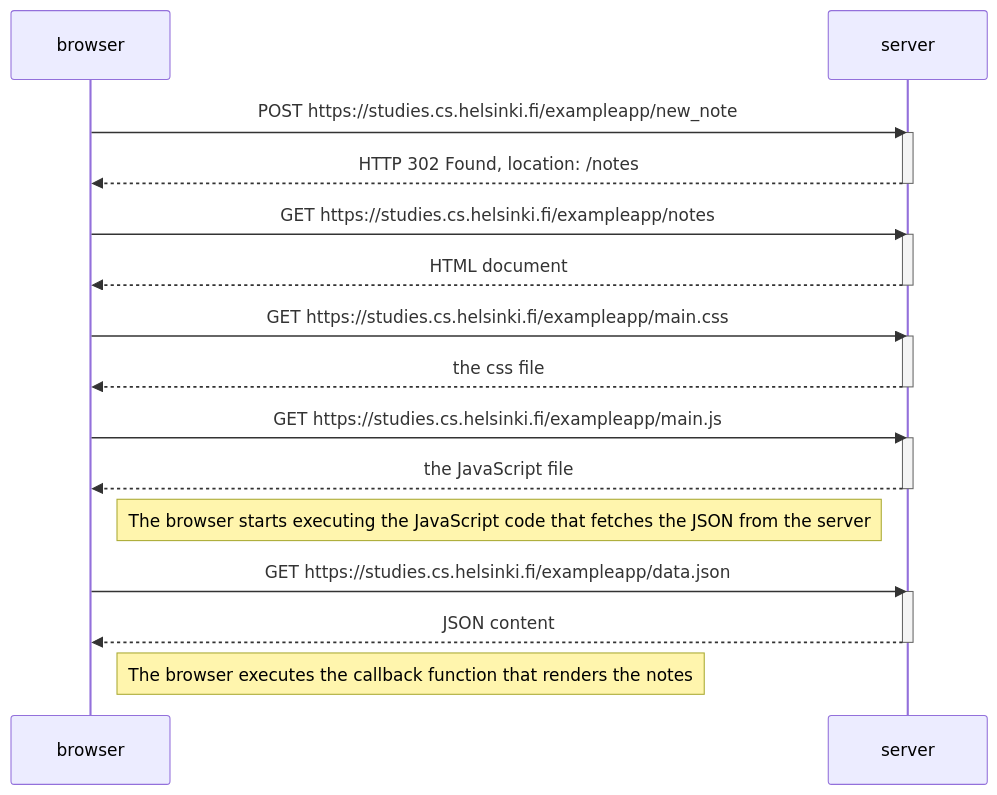
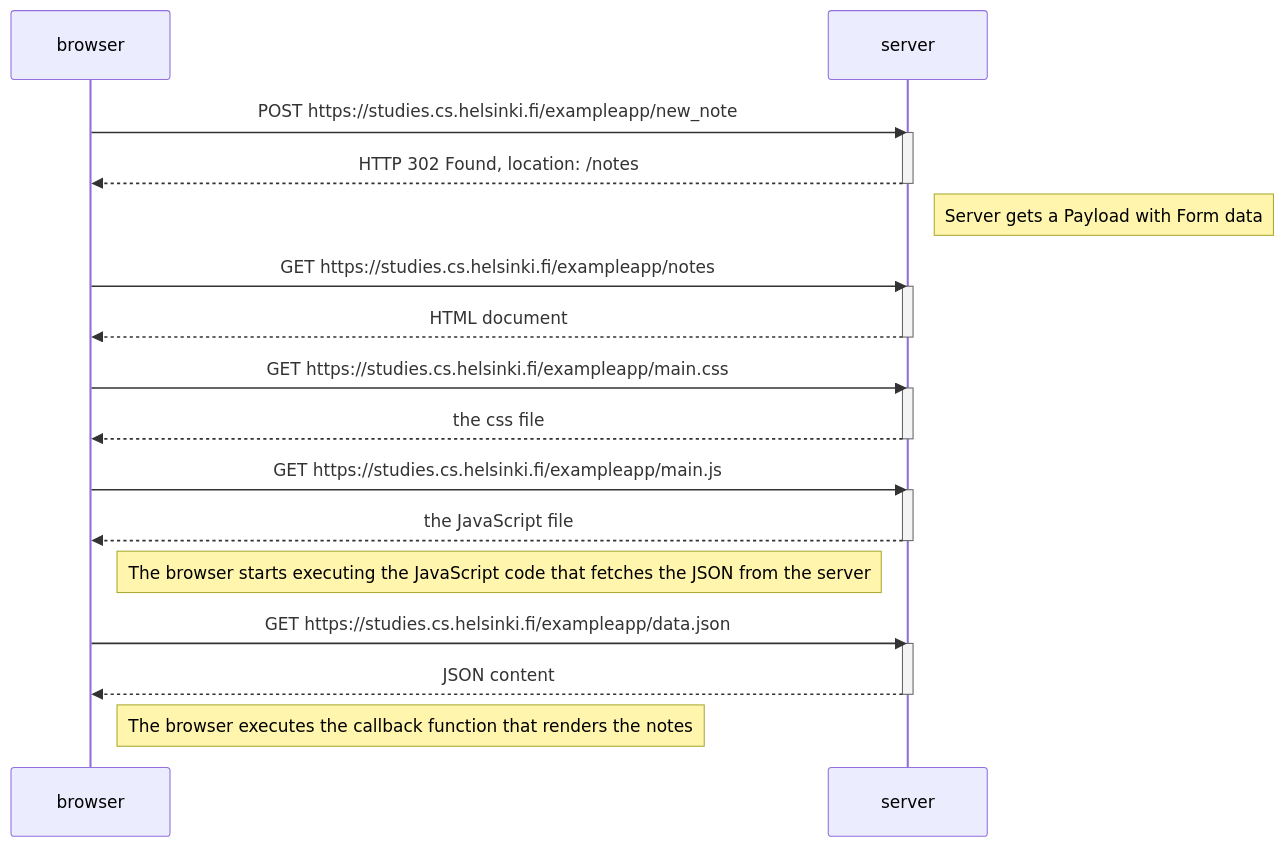
One commit to TheWatermelonBird/FullStackOpen changed the diagram in excercise4.md. Above: the diagram before and after it, drawn with Mermaid.

Commit message:
Added not to server

````diff
--- a/excercise4.md
+++ b/excercise4.md
@@ -1,34 +1,36 @@
 ```mermaid
 sequenceDiagram
     participant browser
     participant server
 
     browser->>server: POST https://studies.cs.helsinki.fi/exampleapp/new_note
     activate server
     server-->>browser: HTTP 302 Found, location: /notes
     deactivate server
+
+    Note right of server: Server gets a Payload with Form data
 
     browser->>server: GET https://studies.cs.helsinki.fi/exampleapp/notes
     activate server
     server-->>browser: HTML document
     deactivate server
 
     browser->>server: GET https://studies.cs.helsinki.fi/exampleapp/main.css
     activate server
     server-->>browser: the css file
     deactivate server
 
     browser->>server: GET https://studies.cs.helsinki.fi/exampleapp/main.js
     activate server
     server-->>browser: the JavaScript file
     deactivate server
 
     Note right of browser: The browser starts executing the JavaScript code that fetches the JSON from the server
 
     browser->>server: GET https://studies.cs.helsinki.fi/exampleapp/data.json
     activate server
     server-->>browser: JSON content
     deactivate server
 
     Note right of browser: The browser executes the callback function that renders the notes
 ```
````
